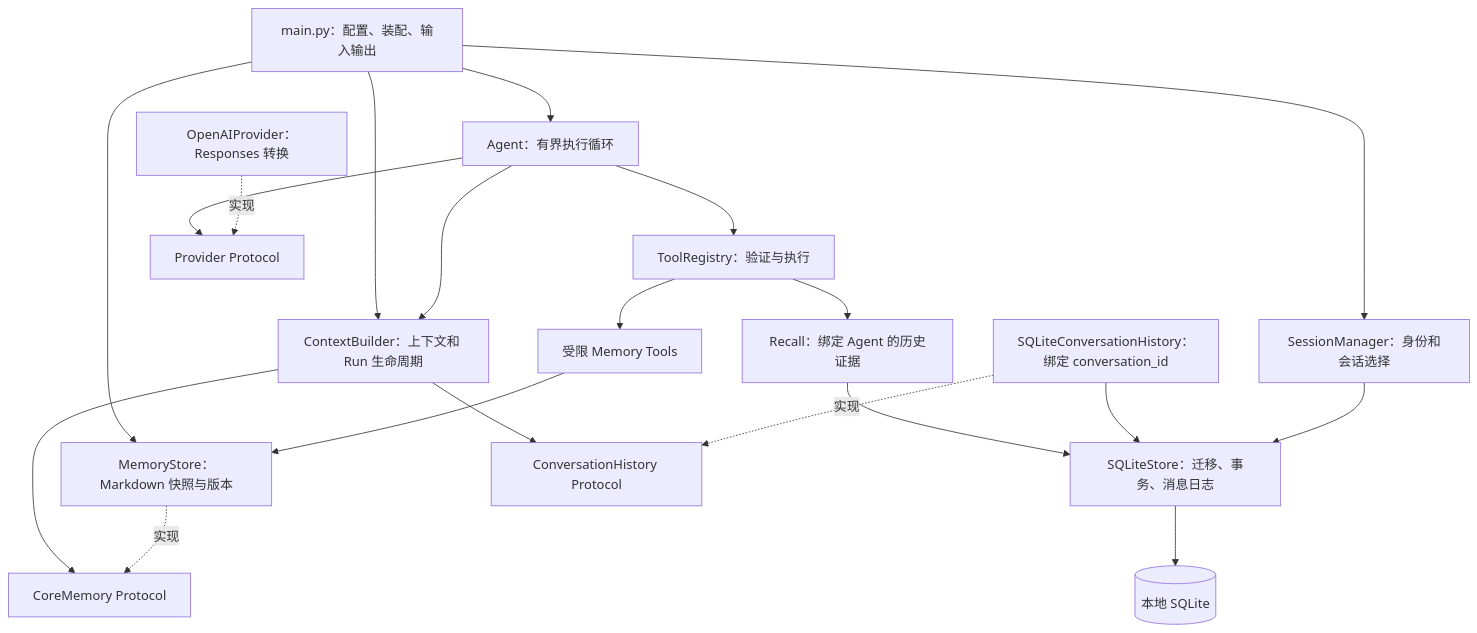
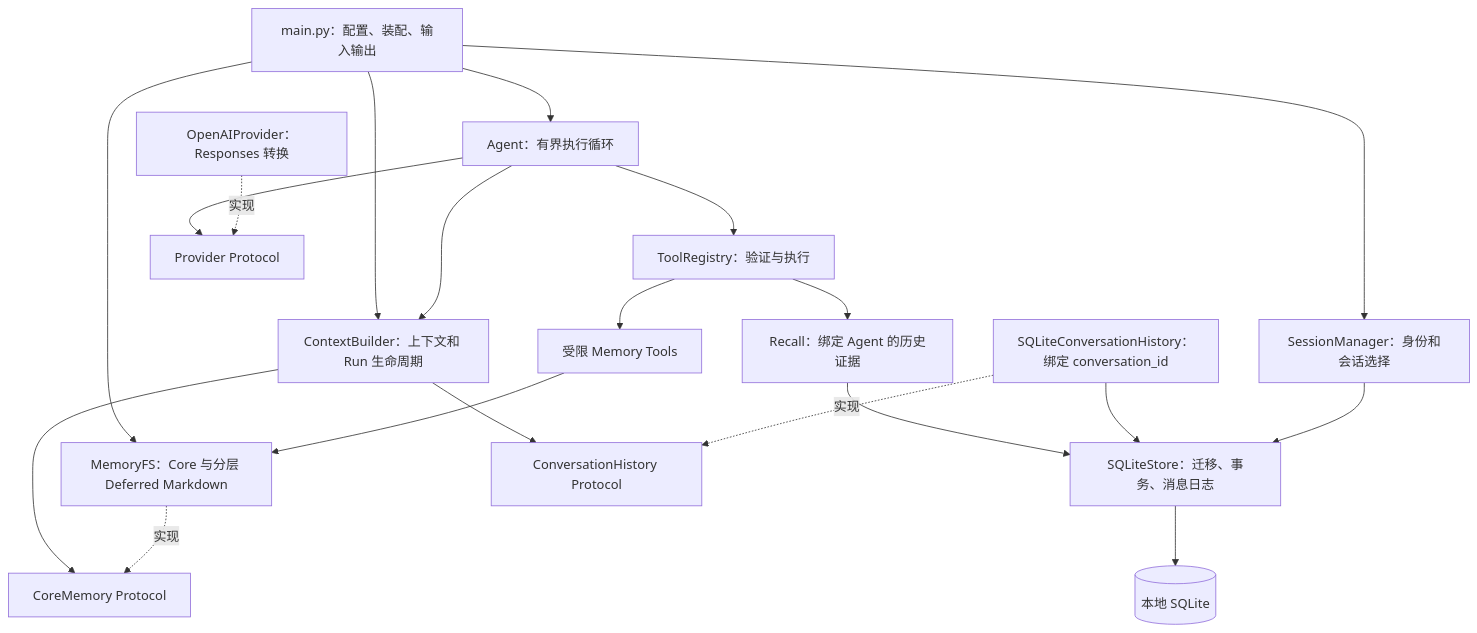
One commit to KindofCrazy/heybuddy changed the second of 5 diagrams in docs/architecture.md. Above: the diagram before and after it, drawn with Mermaid. The commit also changed other lines of this file and 35 other files, not shown here.

First line of the commit message:
feat: 实现 V0.5 轻量分层 Markdown Memory

````diff
--- a/docs/architecture.md
+++ b/docs/architecture.md
@@ -34,22 +34,22 @@
 ```mermaid
 flowchart TD
     CLI["main.py：配置、装配、输入输出"] --> Sessions["SessionManager：身份和会话选择"]
     CLI --> Runtime["Agent：有界执行循环"]
     CLI --> Context["ContextBuilder：上下文和 Run 生命周期"]
-    CLI --> Memory["MemoryStore：Markdown 快照与版本"]
+    CLI --> Memory["MemoryFS：Core 与分层 Deferred Markdown"]
     Context --> Reader["CoreMemory Protocol"]
     Memory -. "实现" .-> Reader
     MemoryTools["受限 Memory Tools"] --> Memory
     Tools --> MemoryTools
     Tools --> Recall["Recall：绑定 Agent 的历史证据"]
     Recall --> Store
     Runtime --> Context
     Runtime --> Provider["Provider Protocol"]
     Runtime --> Tools["ToolRegistry：验证与执行"]
     Context --> History["ConversationHistory Protocol"]
     Adapter["SQLiteConversationHistory：绑定 conversation_id"] -. "实现" .-> History
     Adapter --> Store["SQLiteStore：迁移、事务、消息日志"]
     Sessions --> Store
     OpenAI["OpenAIProvider：Responses 转换"] -. "实现" .-> Provider
     Store --> DB[("本地 SQLite")]
 ```
````
